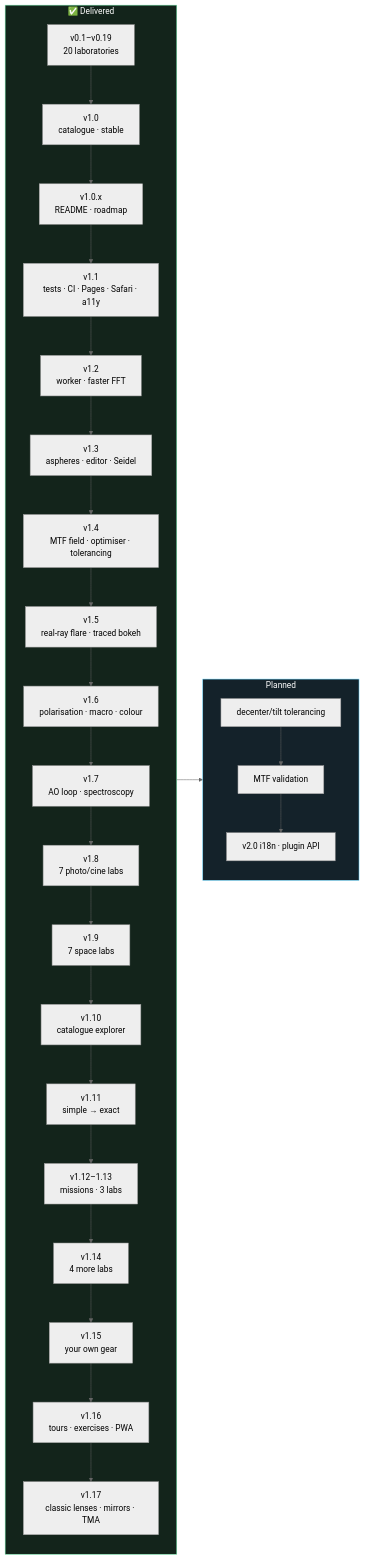
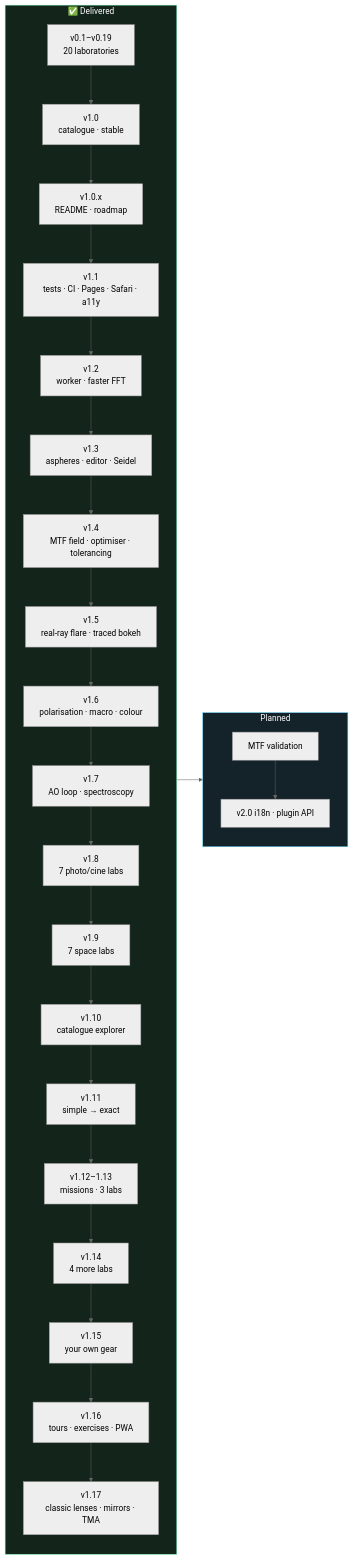
The diagram in ROADMAP.md (iiogurt/Optica_Viva), drawn with Mermaid (neutral theme) before and after one commit. The commit also changed other lines of this file and 7 other files, not shown here.

First line of the commit message:
feat(raytrace): decenter and tilt, traced exactly, in the tolerance analysis (#120)

````diff
--- a/ROADMAP.md
+++ b/ROADMAP.md
@@ -57,14 +57,14 @@
 ```mermaid
 flowchart LR
     subgraph Done["✅ Delivered"]
         direction TB
         D0["v0.1–v0.19<br/>20 laboratories"] --> D1["v1.0<br/>catalogue · stable"] --> D2["v1.0.x<br/>README · roadmap"] --> D3["v1.1<br/>tests · CI · Pages · Safari · a11y"] --> D4["v1.2<br/>worker · faster FFT"] --> D5["v1.3<br/>aspheres · editor · Seidel"] --> D6["v1.4<br/>MTF field · optimiser · tolerancing"] --> D7["v1.5<br/>real-ray flare · traced bokeh"] --> D8["v1.6<br/>polarisation · macro · colour"] --> D9["v1.7<br/>AO loop · spectroscopy"] --> D10["v1.8<br/>7 photo/cine labs"] --> D11["v1.9<br/>7 space labs"] --> D12["v1.10<br/>catalogue explorer"] --> D13["v1.11<br/>simple → exact"] --> D14["v1.12–1.13<br/>missions · 3 labs"] --> D15["v1.14<br/>4 more labs"] --> D16["v1.15<br/>your own gear"] --> D17["v1.16<br/>tours · exercises · PWA"] --> D18["v1.17<br/>classic lenses · mirrors · TMA"]
     end
     subgraph Next["Planned"]
         direction TB
-        N11["decenter/tilt tolerancing"] --> N10["MTF validation"] --> N7["v2.0 i18n · plugin API"]
+        N10["MTF validation"] --> N7["v2.0 i18n · plugin API"]
     end
     Done --> Next
     style Done fill:#13241b,stroke:#6be3a4,color:#fff
     style Next fill:#14222a,stroke:#6ad7ff,color:#fff
 ```
````
